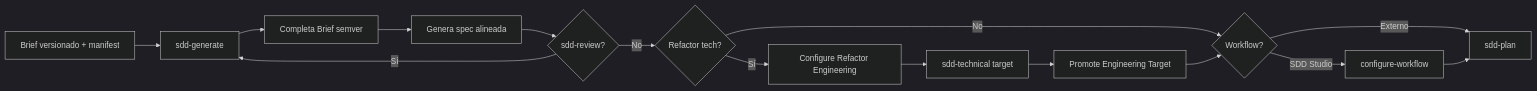
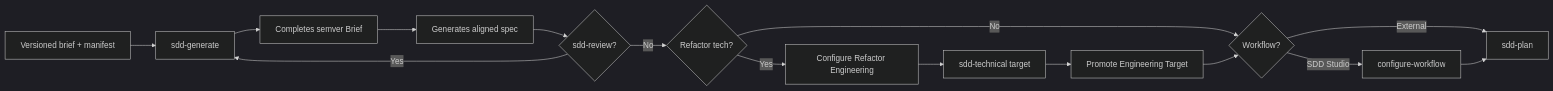
Before and after one commit to JaredAzcarate/sdd-studio: the diagram in docs/FLOW-BROWNFIELD.md, drawn with Mermaid (dark theme). The commit also changed other lines of this file and 9 other files, not shown here.

````diff
--- a/docs/FLOW-BROWNFIELD.md
+++ b/docs/FLOW-BROWNFIELD.md
@@ -246,17 +246,17 @@
 ```mermaid
 flowchart LR
-  INIT[Brief versionado + manifest] --> GEN[sdd-generate]
-  GEN --> BRIEF[Completa Brief semver]
-  BRIEF --> SPEC[Genera spec alineada]
+  INIT[Versioned brief + manifest] --> GEN[sdd-generate]
+  GEN --> BRIEF[Completes semver Brief]
+  BRIEF --> SPEC[Generates aligned spec]
   SPEC --> REV{sdd-review?}
-  REV -->|Sí| GEN
+  REV -->|Yes| GEN
   REV -->|No| REF{Refactor tech?}
-  REF -->|Sí| CFG[Configure Refactor Engineering]
+  REF -->|Yes| CFG[Configure Refactor Engineering]
   CFG --> TECH[sdd-technical target]
   TECH --> PROM[Promote Engineering Target]
   REF -->|No| WF{Workflow?}
   PROM --> WF
   WF -->|SDD Studio| CW[configure-workflow]
-  WF -->|Externo| PLAN[sdd-plan]
+  WF -->|External| PLAN[sdd-plan]
   CW --> PLAN
 ```
````
